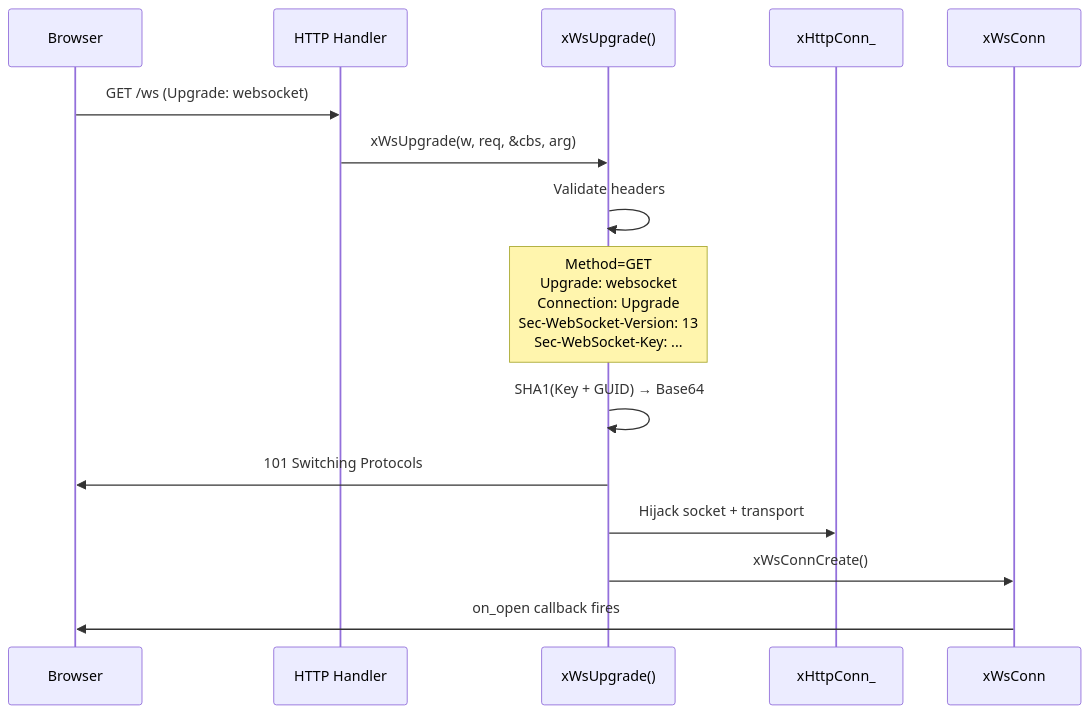
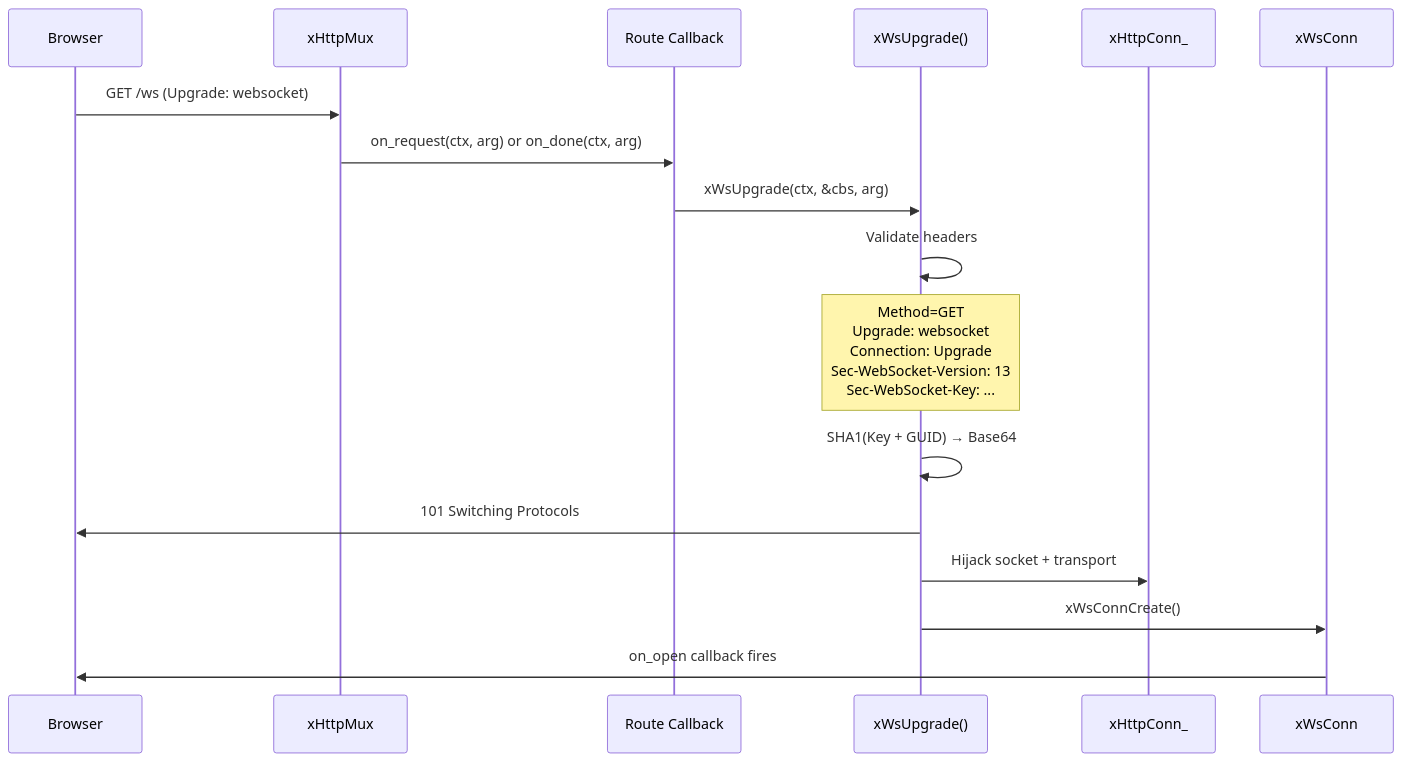
The second of 3 diagrams in docs/libx/http/ws_server.md (mivinci/x), drawn with Mermaid before and after one commit. The commit also changed other lines of this file and 6 other files, not shown here.

First line of the commit message:
Rewrite all HTTP module docs for unified xHttpCtx API

````diff
--- a/docs/libx/http/ws_server.md
+++ b/docs/libx/http/ws_server.md
@@ -395,18 +434,20 @@
 ```mermaid
 sequenceDiagram
     participant Client as Browser
-    participant Handler as HTTP Handler
+    participant Mux as xHttpMux
+    participant Handler as Route Callback
     participant Upgrade as xWsUpgrade()
     participant Conn as xHttpConn_
     participant WS as xWsConn
 
-    Client->>Handler: GET /ws (Upgrade: websocket)
-    Handler->>Upgrade: xWsUpgrade(w, req, &cbs, arg)
+    Client->>Mux: GET /ws (Upgrade: websocket)
+    Mux->>Handler: on_request(ctx, arg) or on_done(ctx, arg)
+    Handler->>Upgrade: xWsUpgrade(ctx, &cbs, arg)
     Upgrade->>Upgrade: Validate headers
     Note over Upgrade: Method=GET<br/>Upgrade: websocket<br/>Connection: Upgrade<br/>Sec-WebSocket-Version: 13<br/>Sec-WebSocket-Key: ...
     Upgrade->>Upgrade: SHA1(Key + GUID) → Base64
     Upgrade->>Client: 101 Switching Protocols
     Upgrade->>Conn: Hijack socket + transport
     Upgrade->>WS: xWsConnCreate()
     WS->>Client: on_open callback fires
 ```
````
